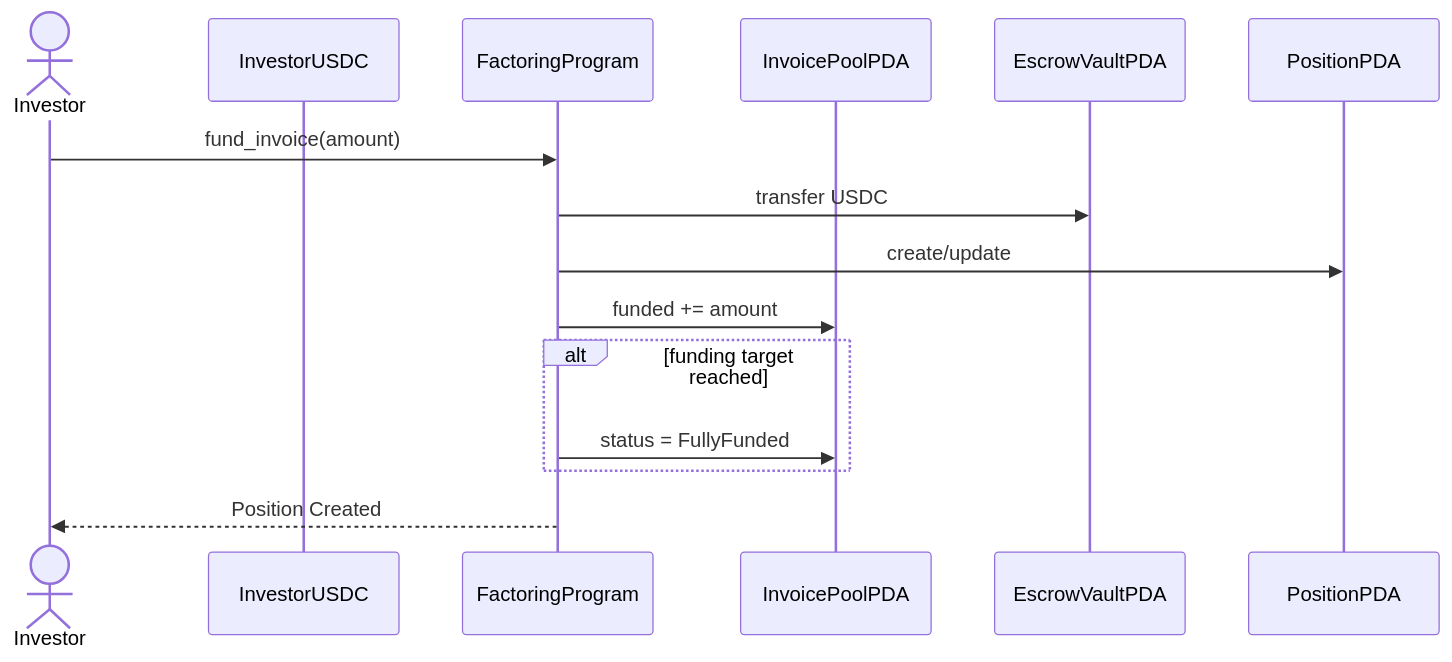
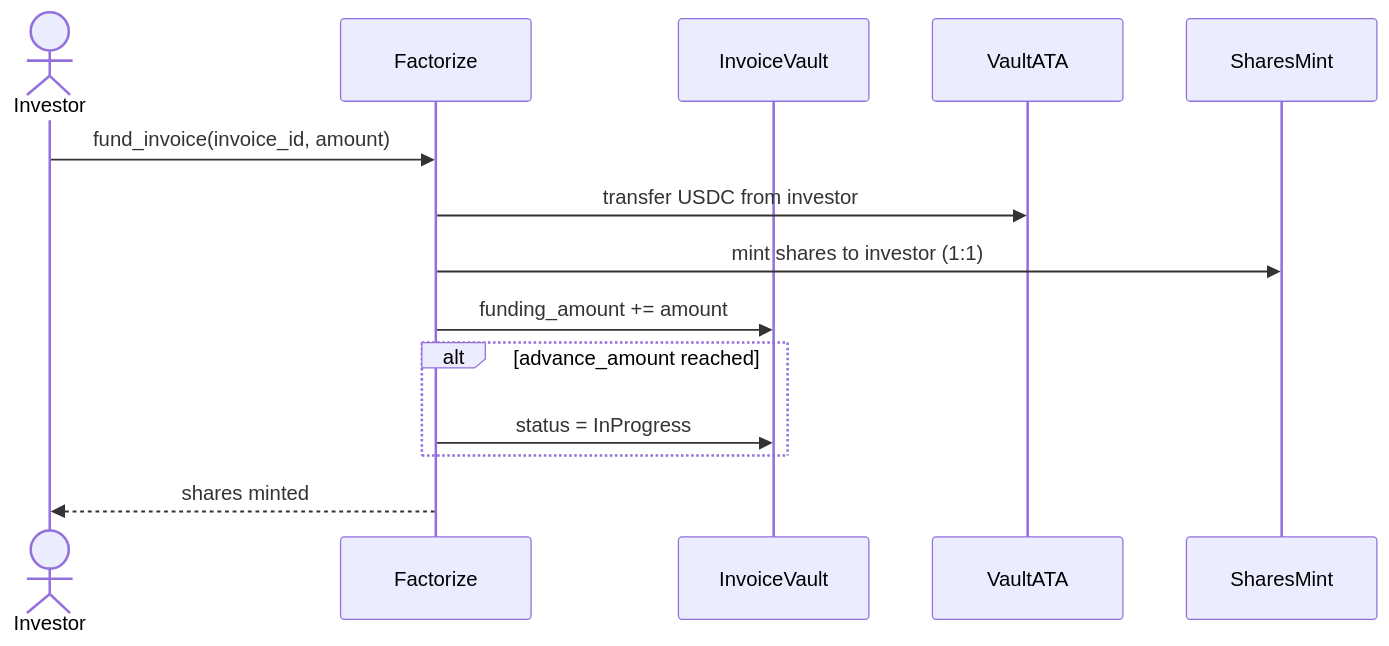
The fourth of 6 diagrams in README.md (jhintux/factorize), drawn with Mermaid before and after one commit. The commit also changed other lines of this file and 47 other files, not shown here.

````diff
--- a/README.md
+++ b/README.md
@@ -56,45 +102,19 @@
 ```mermaid
 sequenceDiagram
+    actor Investor
+    participant Factorize
+    participant InvoiceVault
+    participant VaultATA
+    participant SharesMint
 
+    Investor->>Factorize: fund_invoice(invoice_id, amount)
+    Factorize->>VaultATA: transfer USDC from investor
+    Factorize->>SharesMint: mint shares to investor (1:1)
+    Factorize->>InvoiceVault: funding_amount += amount
 
-actor Investor
+    alt advance_amount reached
+        Factorize->>InvoiceVault: status = InProgress
+    end
 
-
-participant InvestorUSDC
-
-
-participant FactoringProgram
-
-
-participant InvoicePoolPDA
-
-
-participant EscrowVaultPDA
-
-
-participant PositionPDA
-
-
-Investor->>FactoringProgram: fund_invoice(amount)
-
-
-FactoringProgram->>EscrowVaultPDA: transfer USDC
-
-
-FactoringProgram->>PositionPDA: create/update
-
-
-FactoringProgram->>InvoicePoolPDA: funded += amount
-
-
-alt funding target reached
-
-
-FactoringProgram->>InvoicePoolPDA: status = FullyFunded
-
-
-end
-
-
-FactoringProgram-->>Investor: Position Created
+    Factorize-->>Investor: shares minted
 ```
````
